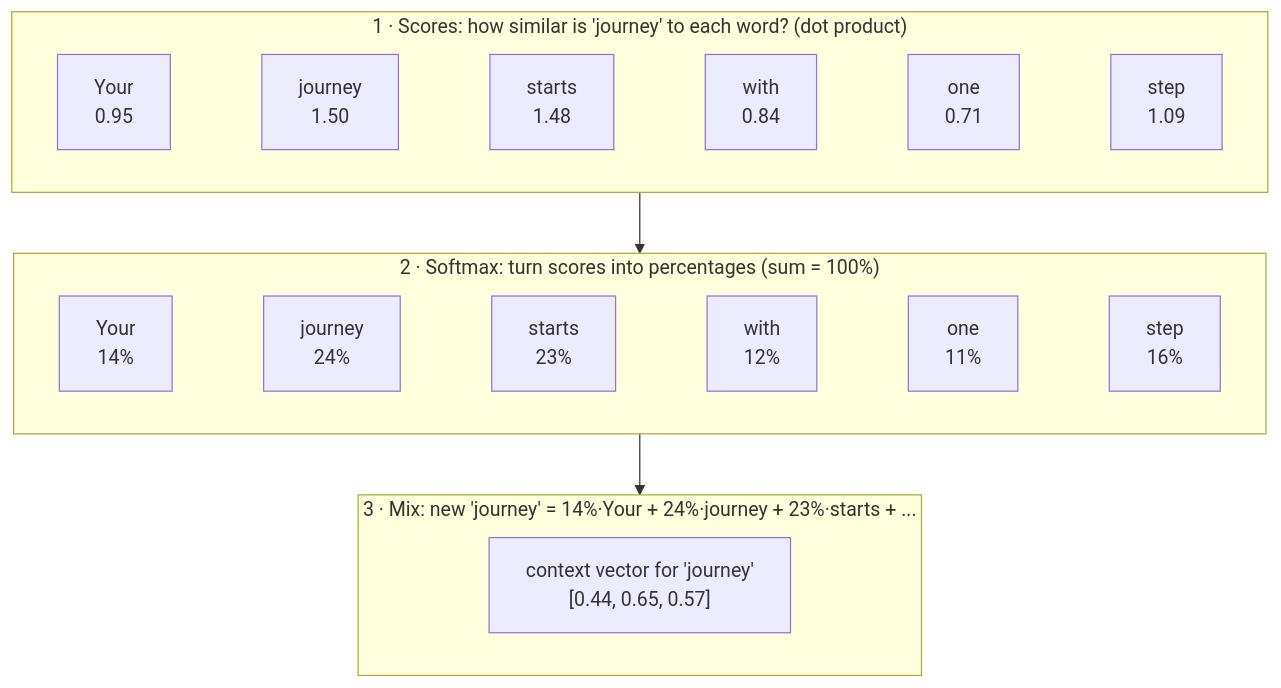
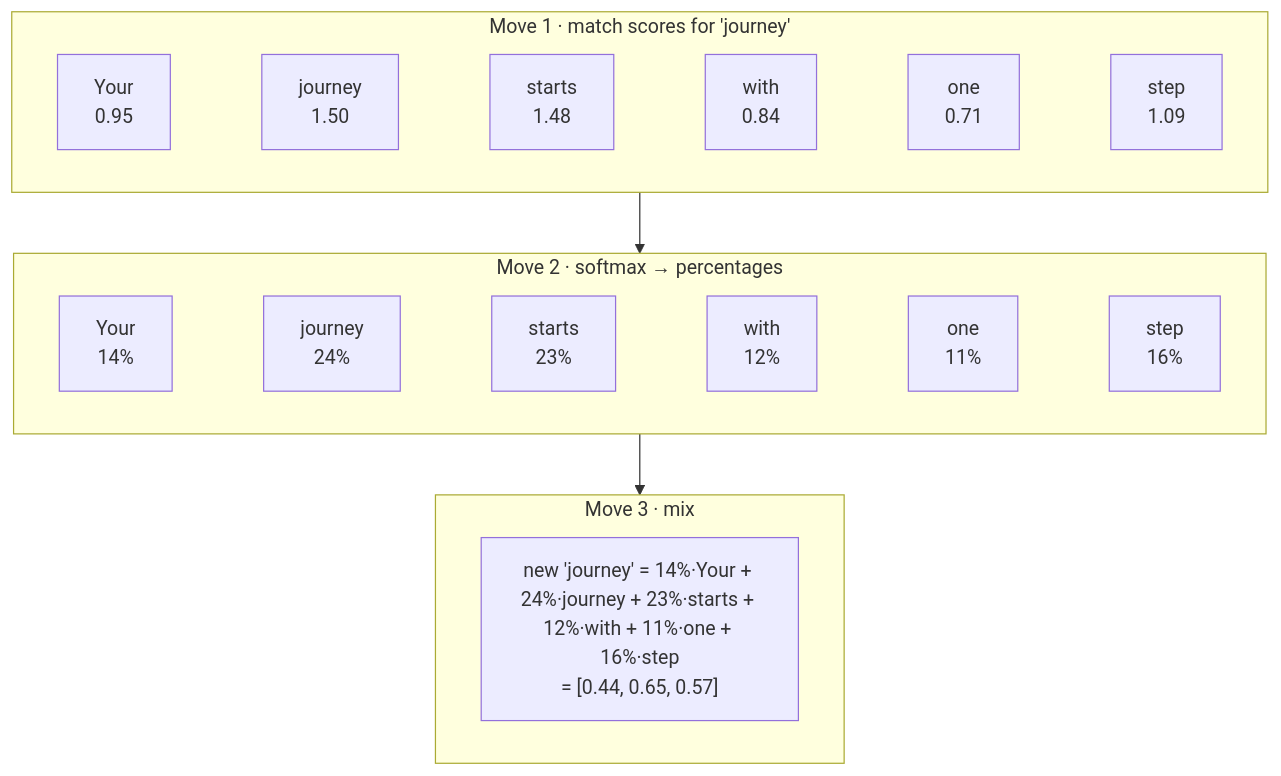
Before and after one commit to Ranjeet0611/tinygpt: the fifth of 17 diagrams in docs/04-attention.md, drawn with Mermaid. The commit also changed other lines of this file and 9 other files, not shown here.

````diff
--- a/docs/04-attention.md
+++ b/docs/04-attention.md
@@ -31,15 +96,15 @@
 ```mermaid
 flowchart TD
-    subgraph s1["1 · Scores: how similar is 'journey' to each word? (dot product)"]
+    subgraph M1["Move 1 · match scores for 'journey'"]
         direction LR
-        y1["Your<br/>0.95"] ~~~ y2["journey<br/>1.50"] ~~~ y3["starts<br/>1.48"] ~~~ y4["with<br/>0.84"] ~~~ y5["one<br/>0.71"] ~~~ y6["step<br/>1.09"]
+        a1["Your<br/>0.95"] ~~~ a2["journey<br/>1.50"] ~~~ a3["starts<br/>1.48"] ~~~ a4["with<br/>0.84"] ~~~ a5["one<br/>0.71"] ~~~ a6["step<br/>1.09"]
     end
-    subgraph s2["2 · Softmax: turn scores into percentages (sum = 100%)"]
+    subgraph M2["Move 2 · softmax → percentages"]
         direction LR
-        w1["Your<br/>14%"] ~~~ w2["journey<br/>24%"] ~~~ w3["starts<br/>23%"] ~~~ w4["with<br/>12%"] ~~~ w5["one<br/>11%"] ~~~ w6["step<br/>16%"]
+        b1["Your<br/>14%"] ~~~ b2["journey<br/>24%"] ~~~ b3["starts<br/>23%"] ~~~ b4["with<br/>12%"] ~~~ b5["one<br/>11%"] ~~~ b6["step<br/>16%"]
     end
-    subgraph s3["3 · Mix: new 'journey' = 14%·Your + 24%·journey + 23%·starts + ..."]
-        c["context vector for 'journey'<br/>[0.44, 0.65, 0.57]"]
+    subgraph M3["Move 3 · mix"]
+        c["new 'journey' = 14%·Your + 24%·journey + 23%·starts + 12%·with + 11%·one + 16%·step<br/>= [0.44, 0.65, 0.57]"]
     end
-    s1 --> s2 --> s3
+    M1 --> M2 --> M3
 ```
````
